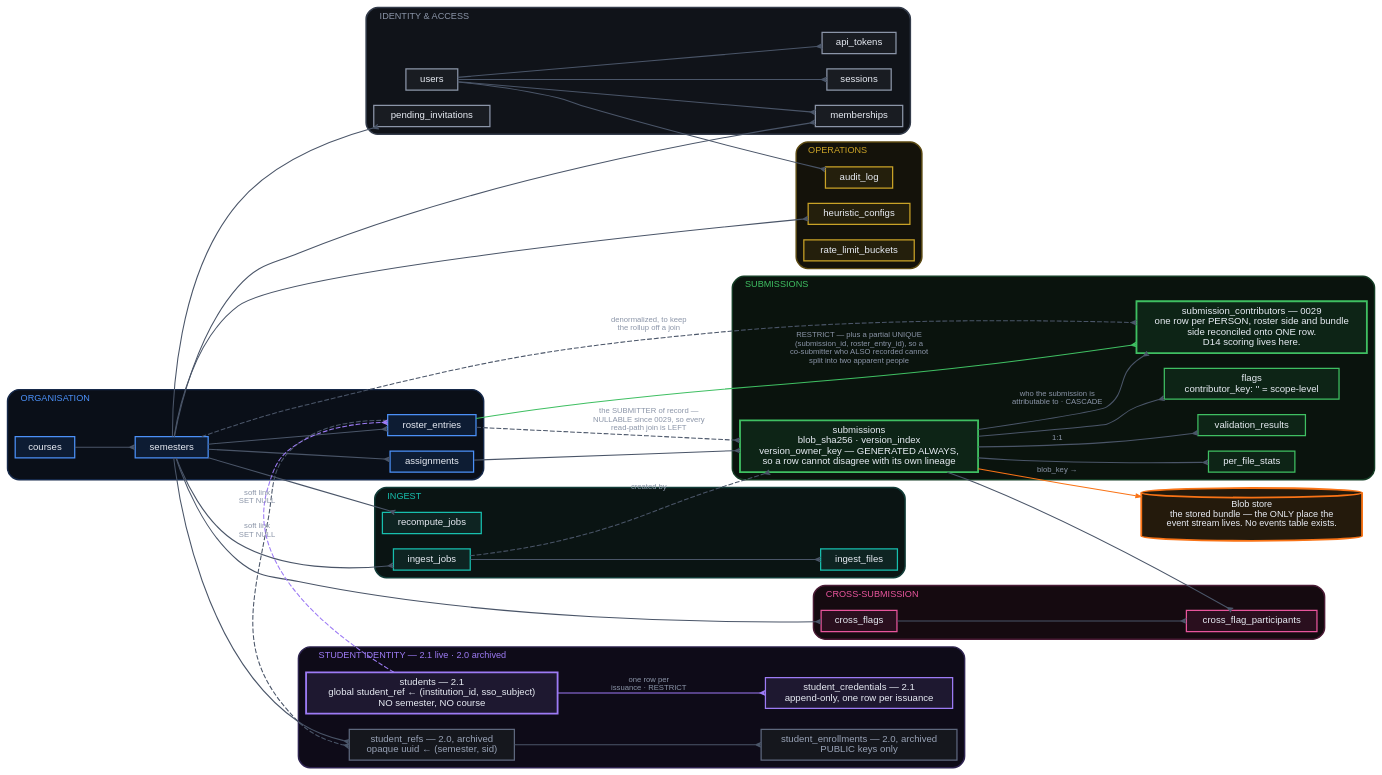
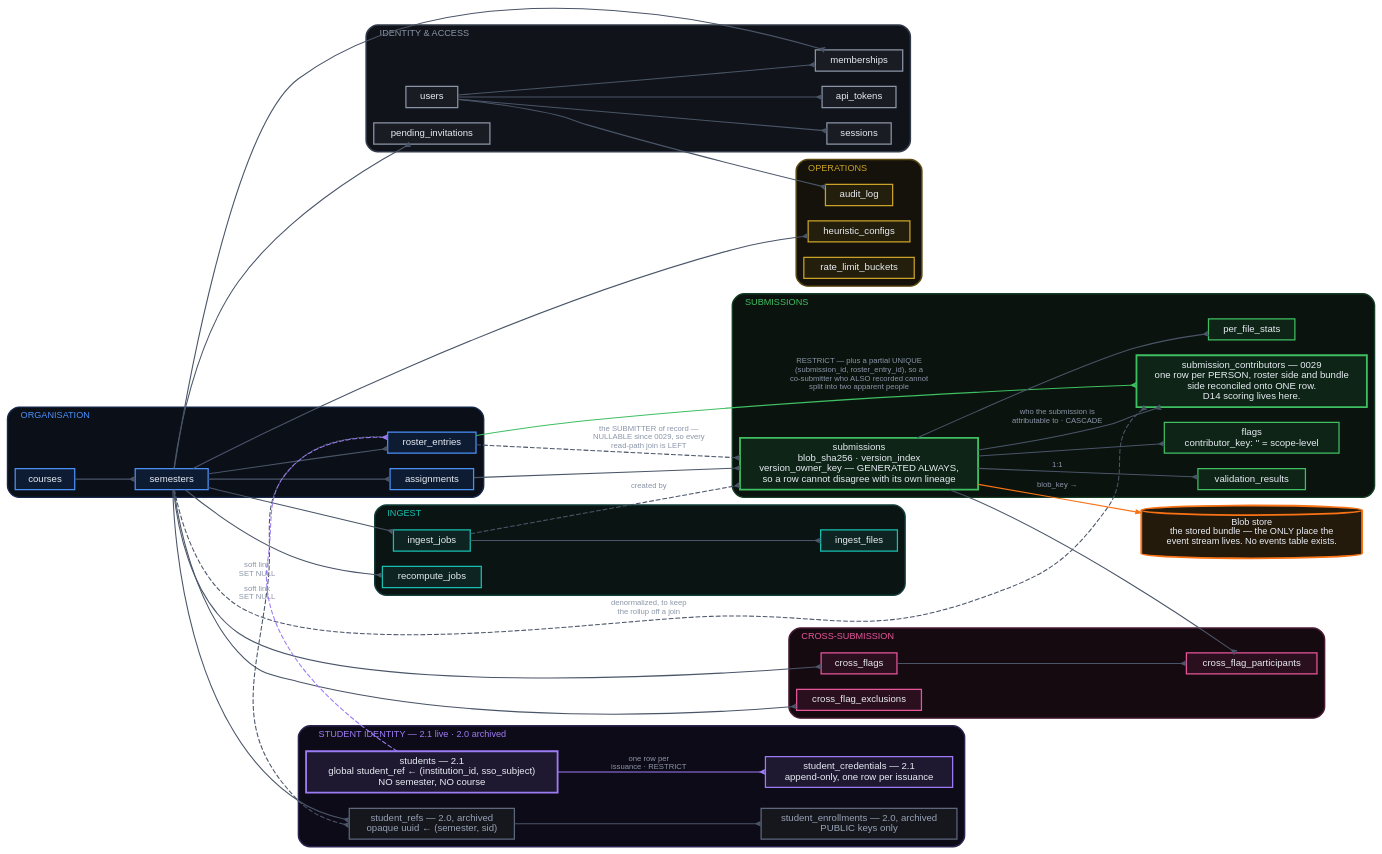
One commit to ProvenanceTools/provenance changed the diagram in tools/architecture/dot/er.dot. Above: the diagram before and after it, drawn with Graphviz. The commit also changed 10 other files, not shown here.

First line of the commit message:
docs(architecture): the exclusion register, and the mixed-scope gap that closed

```diff
--- a/tools/architecture/dot/er.dot
+++ b/tools/architecture/dot/er.dot
@@ -1,115 +1,117 @@
 digraph er {
   bgcolor="transparent" rankdir=LR splines=spline compound=true
   nodesep=0.22 ranksep=0.85 fontname="Helvetica"
   node [shape=box style="filled" fontname="Helvetica" fontsize=10
         fontcolor="#e8ecf4" fillcolor="#161b26" color="#3a4457" penwidth=1.3
         margin="0.16,0.07" height=0.30]
   edge [fontname="Helvetica" fontsize=8 fontcolor="#8b95a8"
         color="#4a5568" arrowsize=0.55 penwidth=1.1 arrowhead=crow arrowtail=none dir=forward]
 
   subgraph cluster_id {
     label="  IDENTITY & ACCESS  " fontsize=9.5 fontcolor="#8b95a8" color="#333b4a"
     penwidth=1.5 style=rounded bgcolor="#101319" labeljust="l"
     node [fillcolor="#191c22" color="#8b95a8"]
     users     [label="users"]
     sessions  [label="sessions"]
     api_tokens[label="api_tokens"]
     memberships[label="memberships"]
     pending   [label="pending_invitations"]
   }
 
   subgraph cluster_org {
     label="  ORGANISATION  " fontsize=9.5 fontcolor="#4b90f7" color="#16294a"
     penwidth=1.5 style=rounded bgcolor="#0a0f18" labeljust="l"
     node [fillcolor="#0d1c33" color="#4b90f7"]
     courses   [label="courses"]
     semesters [label="semesters"]
     assignments[label="assignments"]
     roster    [label="roster_entries"]
   }
 
   subgraph cluster_enroll {
     label="  STUDENT IDENTITY — 2.1 live · 2.0 archived  " fontsize=9.5
     fontcolor="#9d7bf5" color="#2e2450"
     penwidth=1.5 style=rounded bgcolor="#0e0b18" labeljust="l"
     node [fillcolor="#1e1830" color="#9d7bf5"]
     students [label="students — 2.1\nglobal student_ref ← (institution_id, sso_subject)\nNO semester, NO course" penwidth=1.9]
     scred    [label="student_credentials — 2.1\nappend-only, one row per issuance"]
     srefs  [label="student_refs — 2.0, archived\nopaque uuid ← (semester, sid)"
             fillcolor="#15171d" color="#5d677d" fontcolor="#98a2b6"]
     senr   [label="student_enrollments — 2.0, archived\nPUBLIC keys only"
             fillcolor="#15171d" color="#5d677d" fontcolor="#98a2b6"]
   }
 
   subgraph cluster_sub {
     label="  SUBMISSIONS  " fontsize=9.5 fontcolor="#3fbf62" color="#153c25"
     penwidth=1.5 style=rounded bgcolor="#0a130d" labeljust="l"
     node [fillcolor="#0d2416" color="#3fbf62"]
     submissions[label="submissions\nblob_sha256 · version_index\nversion_owner_key — GENERATED ALWAYS,\nso a row cannot disagree with its own lineage" penwidth=1.9]
     subcontrib[label="submission_contributors — 0029\none row per PERSON, roster side and bundle\nside reconciled onto ONE row.\nD14 scoring lives here." penwidth=1.9]
     stats     [label="per_file_stats"]
     valres    [label="validation_results"]
     flags     [label="flags\ncontributor_key: '' = scope-level"]
   }
 
   subgraph cluster_x {
     label="  CROSS-SUBMISSION  " fontsize=9.5 fontcolor="#e8559c" color="#4a1b35"
     penwidth=1.5 style=rounded bgcolor="#150a10" labeljust="l"
     node [fillcolor="#2a0f1e" color="#e8559c"]
     xflags    [label="cross_flags"]
     xparts    [label="cross_flag_participants"]
+    xexcl     [label="cross_flag_exclusions"]
   }
 
   subgraph cluster_ing {
     label="  INGEST  " fontsize=9.5 fontcolor="#17bfae" color="#123c38"
     penwidth=1.5 style=rounded bgcolor="#0a1413" labeljust="l"
     node [fillcolor="#0e2422" color="#17bfae"]
     ijobs     [label="ingest_jobs"]
     ifiles    [label="ingest_files"]
     rjobs     [label="recompute_jobs"]
   }
 
   subgraph cluster_ops {
     label="  OPERATIONS  " fontsize=9.5 fontcolor="#c9a227" color="#5c4a12"
     penwidth=1.5 style=rounded bgcolor="#14120a" labeljust="l"
     node [fillcolor="#241f0c" color="#c9a227"]
     hcfg      [label="heuristic_configs"]
     audit     [label="audit_log"]
     rate      [label="rate_limit_buckets"]
   }
 
   blobstore [label="Blob store\nthe stored bundle — the ONLY place the\nevent stream lives. No events table exists."
              shape=cylinder fillcolor="#241a0c" color="#F97316" fontsize=9.5 penwidth=1.9]
 
   users -> sessions
   users -> api_tokens
   users -> memberships
   courses -> semesters
   semesters -> memberships
   semesters -> assignments
   semesters -> roster
   semesters -> pending
   semesters -> hcfg
+  semesters -> xexcl
   semesters -> ijobs
   assignments -> submissions
   roster -> submissions [label="the SUBMITTER of record —\nNULLABLE since 0029, so every\nread-path join is LEFT" style=dashed]
   submissions -> subcontrib [label="who the submission is\nattributable to · CASCADE"]
   roster -> subcontrib [label="RESTRICT — plus a partial UNIQUE\n(submission_id, roster_entry_id), so a\nco-submitter who ALSO recorded cannot\nsplit into two apparent people" color="#3fbf62"]
   semesters -> subcontrib [label="denormalized, to keep\nthe rollup off a join" style=dashed]
   semesters -> srefs
   roster -> srefs [label="soft link\nSET NULL" style=dashed]
   srefs -> senr
   students -> scred [label="one row per\nissuance · RESTRICT" color="#9d7bf5"]
   students -> roster [label="soft link\nSET NULL" style=dashed color="#9d7bf5"]
   submissions -> stats
   submissions -> valres  [label="1:1"]
   submissions -> flags
   submissions -> xparts
   xflags -> xparts
   semesters -> xflags
   ijobs -> ifiles
   ijobs -> submissions [label="created by" style=dashed]
   semesters -> rjobs
   users -> audit
   submissions -> blobstore [label="blob_key →" color="#F97316" arrowhead=normal]
 }
```
